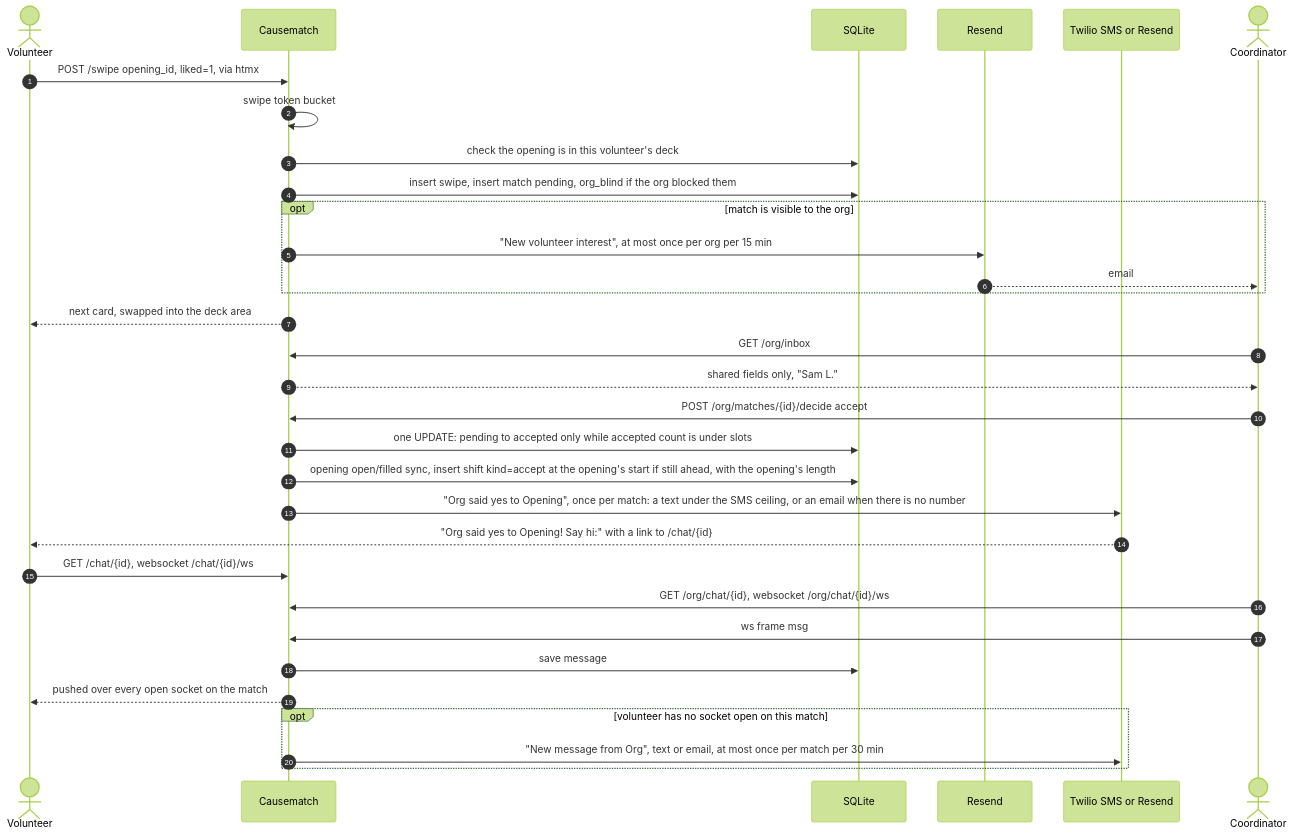
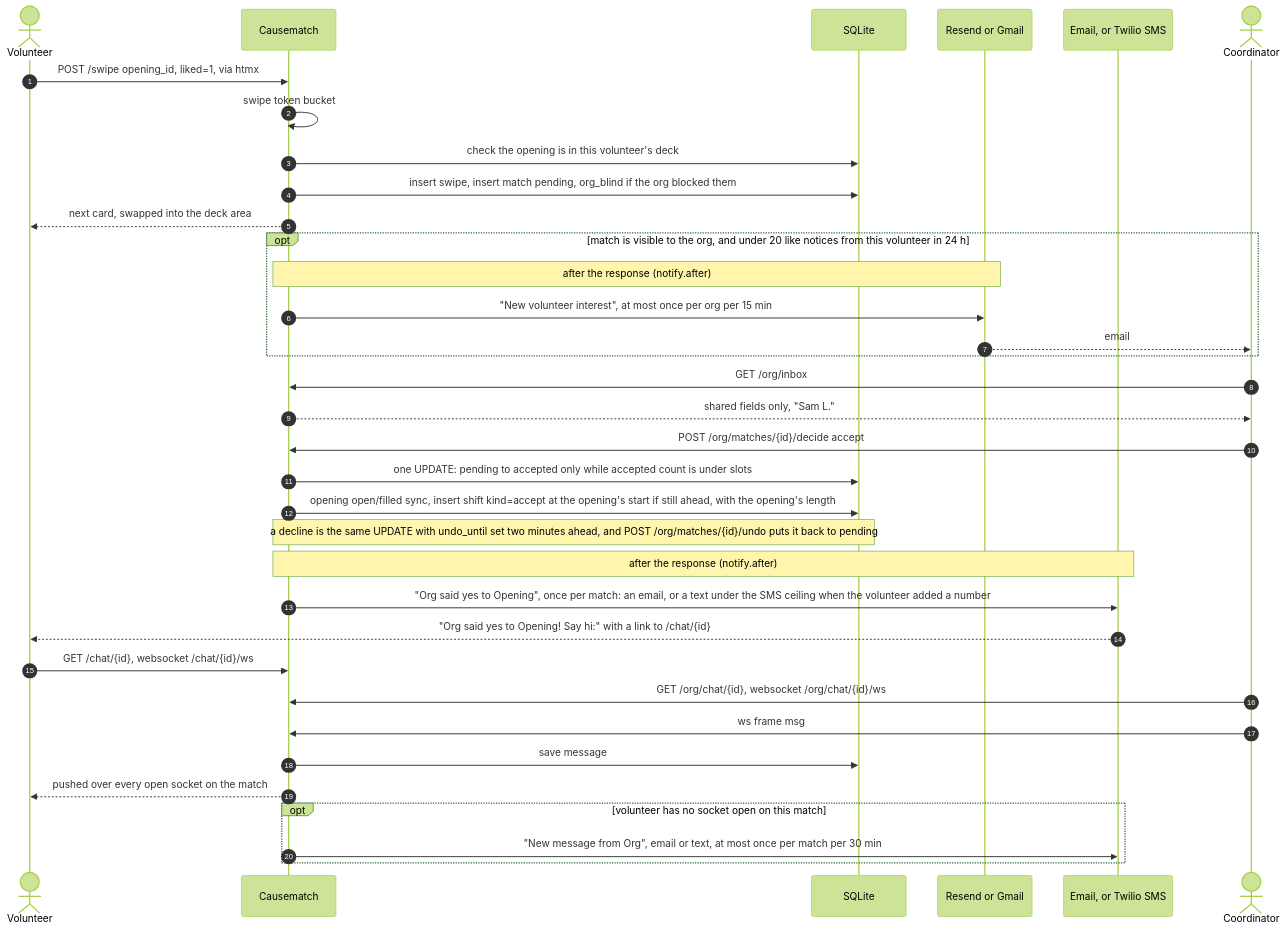
One commit to slegroux/causematch changed diagram 18 of 26 in docs/ARCHITECTURE.md. Above: the diagram before and after it, drawn with Mermaid (forest theme). The commit also changed other lines of this file, not shown here.

First line of the commit message:
Architecture doc: up to date with main through #39

````diff
--- a/docs/ARCHITECTURE.md
+++ b/docs/ARCHITECTURE.md
@@ -1036,35 +1070,38 @@
 ```mermaid
 sequenceDiagram
     autonumber
     actor V as Volunteer
     participant A as Causematch
     participant DB as SQLite
-    participant R as Resend
-    participant T as Twilio SMS or Resend
+    participant R as Resend or Gmail
+    participant T as Email, or Twilio SMS
     actor C as Coordinator
 
     V->>A: POST /swipe opening_id, liked=1, via htmx
     A->>A: swipe token bucket
     A->>DB: check the opening is in this volunteer's deck
     A->>DB: insert swipe, insert match pending, org_blind if the org blocked them
-    opt match is visible to the org
+    A-->>V: next card, swapped into the deck area
+    opt match is visible to the org, and under 20 like notices from this volunteer in 24 h
+        Note over A,R: after the response (notify.after)
         A->>R: "New volunteer interest", at most once per org per 15 min
         R-->>C: email
     end
-    A-->>V: next card, swapped into the deck area
     C->>A: GET /org/inbox
     A-->>C: shared fields only, "Sam L."
     C->>A: POST /org/matches/{id}/decide accept
     A->>DB: one UPDATE: pending to accepted only while accepted count is under slots
     A->>DB: opening open/filled sync, insert shift kind=accept at the opening's start if still ahead, with the opening's length
-    A->>T: "Org said yes to Opening", once per match: a text under the SMS ceiling, or an email when there is no number
+    Note over A,DB: a decline is the same UPDATE with undo_until set two minutes ahead, and POST /org/matches/{id}/undo puts it back to pending
+    Note over A,T: after the response (notify.after)
+    A->>T: "Org said yes to Opening", once per match: an email, or a text under the SMS ceiling when the volunteer added a number
     T-->>V: "Org said yes to Opening! Say hi:" with a link to /chat/{id}
     V->>A: GET /chat/{id}, websocket /chat/{id}/ws
     C->>A: GET /org/chat/{id}, websocket /org/chat/{id}/ws
     C->>A: ws frame msg
     A->>DB: save message
     A-->>V: pushed over every open socket on the match
     opt volunteer has no socket open on this match
-        A->>T: "New message from Org", text or email, at most once per match per 30 min
+        A->>T: "New message from Org", email or text, at most once per match per 30 min
     end
 ```
````
